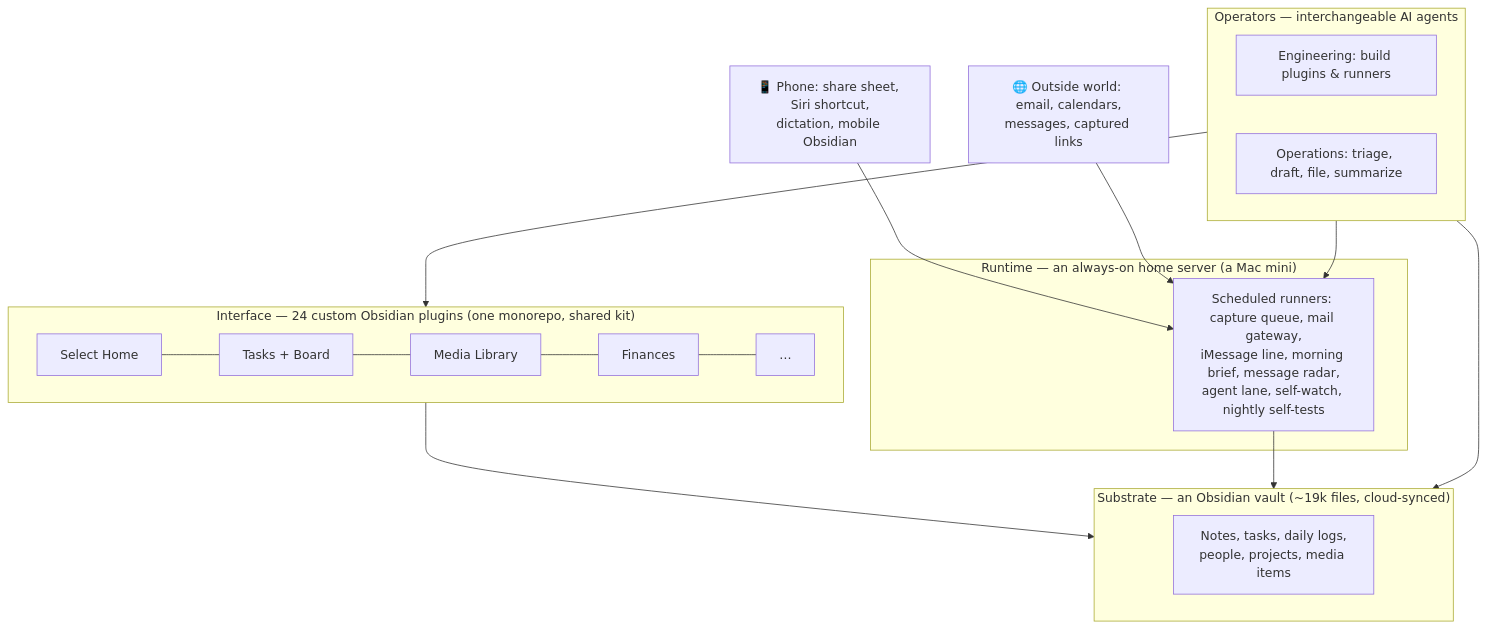
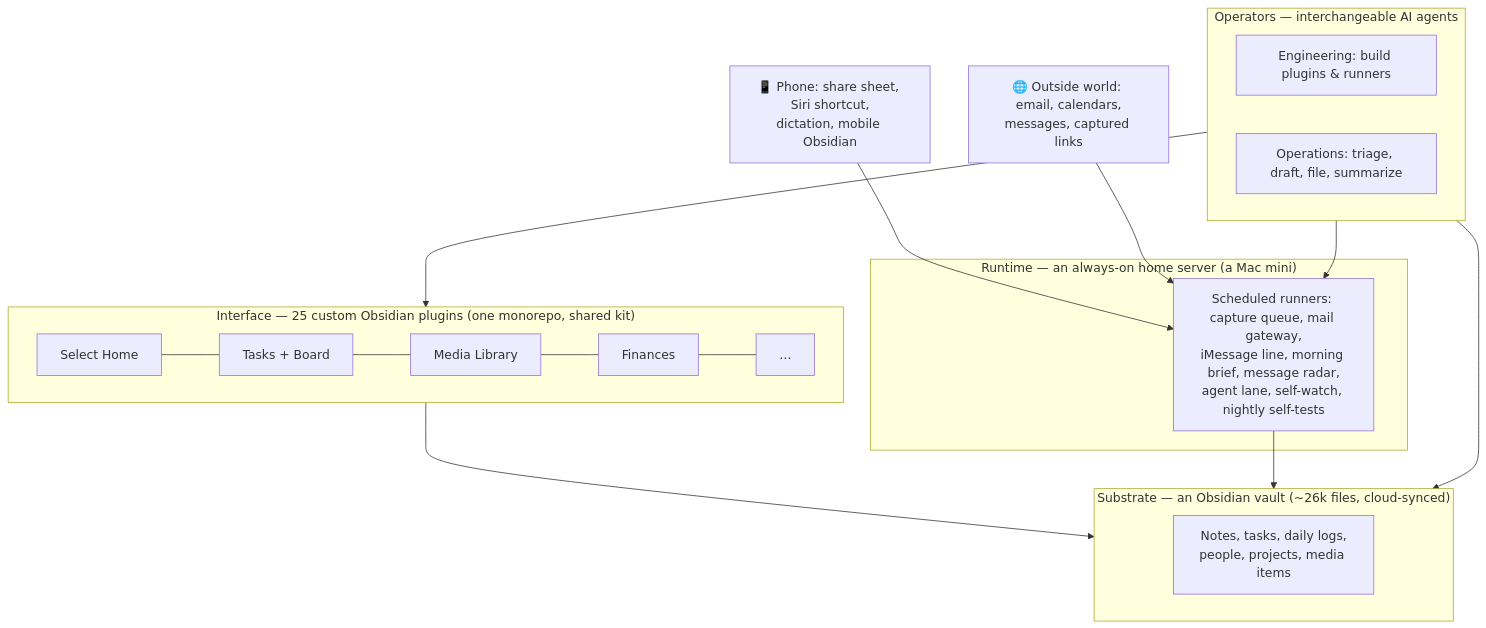
Before and after one commit to cobbenterprises/select-showcase: the diagram in HOW-IT-WORKS.md, drawn with Mermaid. The commit also changed other lines of this file and 3 other files, not shown here.

````diff
--- a/HOW-IT-WORKS.md
+++ b/HOW-IT-WORKS.md
@@ -7,27 +7,27 @@
 ```mermaid
 flowchart TB
-    subgraph substrate["Substrate — an Obsidian vault (~19k files, cloud-synced)"]
+    subgraph substrate["Substrate — an Obsidian vault (~26k files, cloud-synced)"]
         notes["Notes, tasks, daily logs,<br/>people, projects, media items"]
     end
 
-    subgraph surfaces["Interface — 24 custom Obsidian plugins (one monorepo, shared kit)"]
+    subgraph surfaces["Interface — 25 custom Obsidian plugins (one monorepo, shared kit)"]
         home["Select Home"] --- tasks["Tasks + Board"] --- media["Media Library"] --- fin["Finances"] --- more["…"]
     end
 
     subgraph server["Runtime — an always-on home server (a Mac mini)"]
         runners["Scheduled runners: capture queue, mail gateway,<br/>iMessage line, morning brief, message radar,<br/>agent lane, self-watch, nightly self-tests"]
     end
 
     subgraph agents["Operators — interchangeable AI agents"]
         eng["Engineering: build plugins & runners"]
         ops["Operations: triage, draft, file, summarize"]
     end
 
     surfaces --> substrate
     runners --> substrate
     agents --> substrate
     agents --> surfaces
     agents --> runners
     phone["📱 Phone: share sheet, Siri shortcut,<br/>dictation, mobile Obsidian"] --> runners
     world["🌐 Outside world: email, calendars,<br/>messages, captured links"] --> runners
 ```
````
